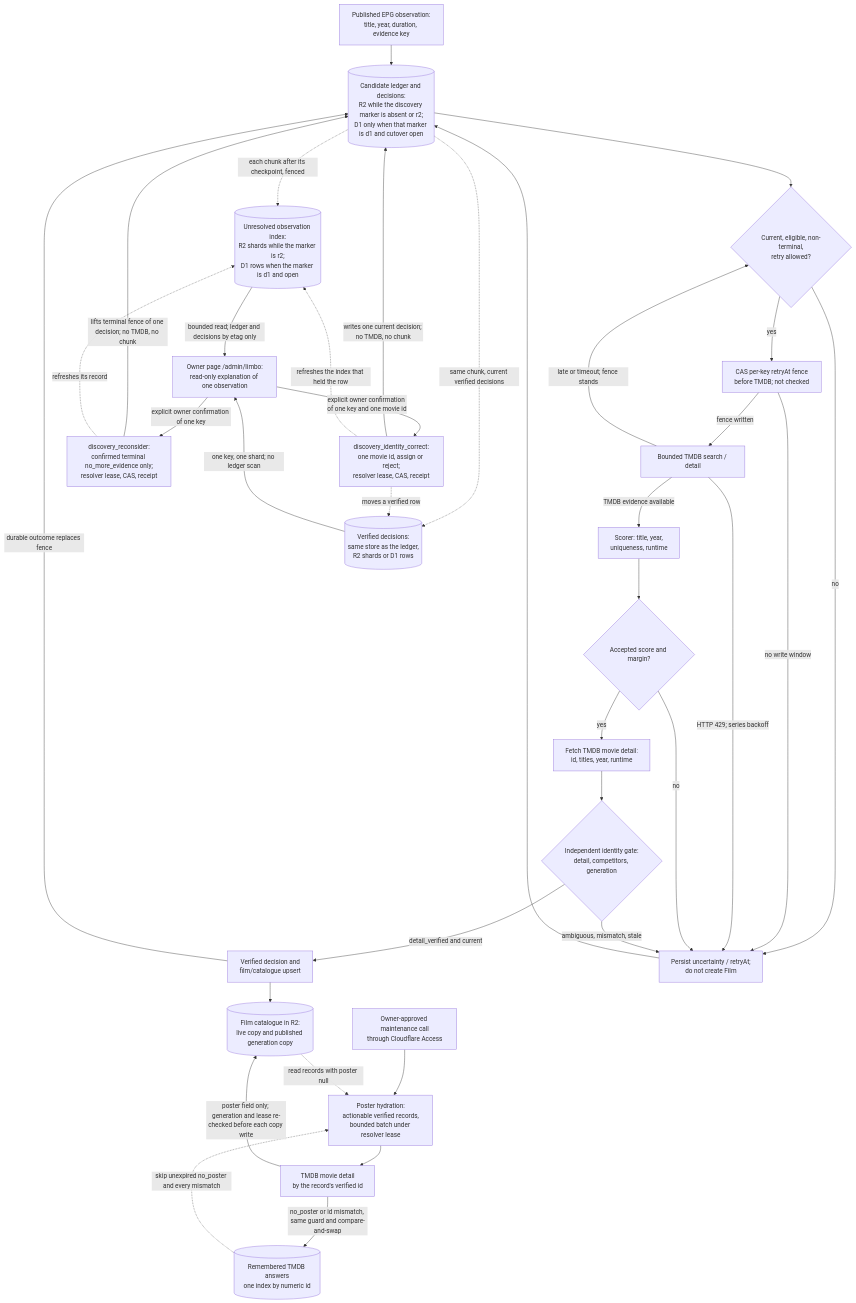
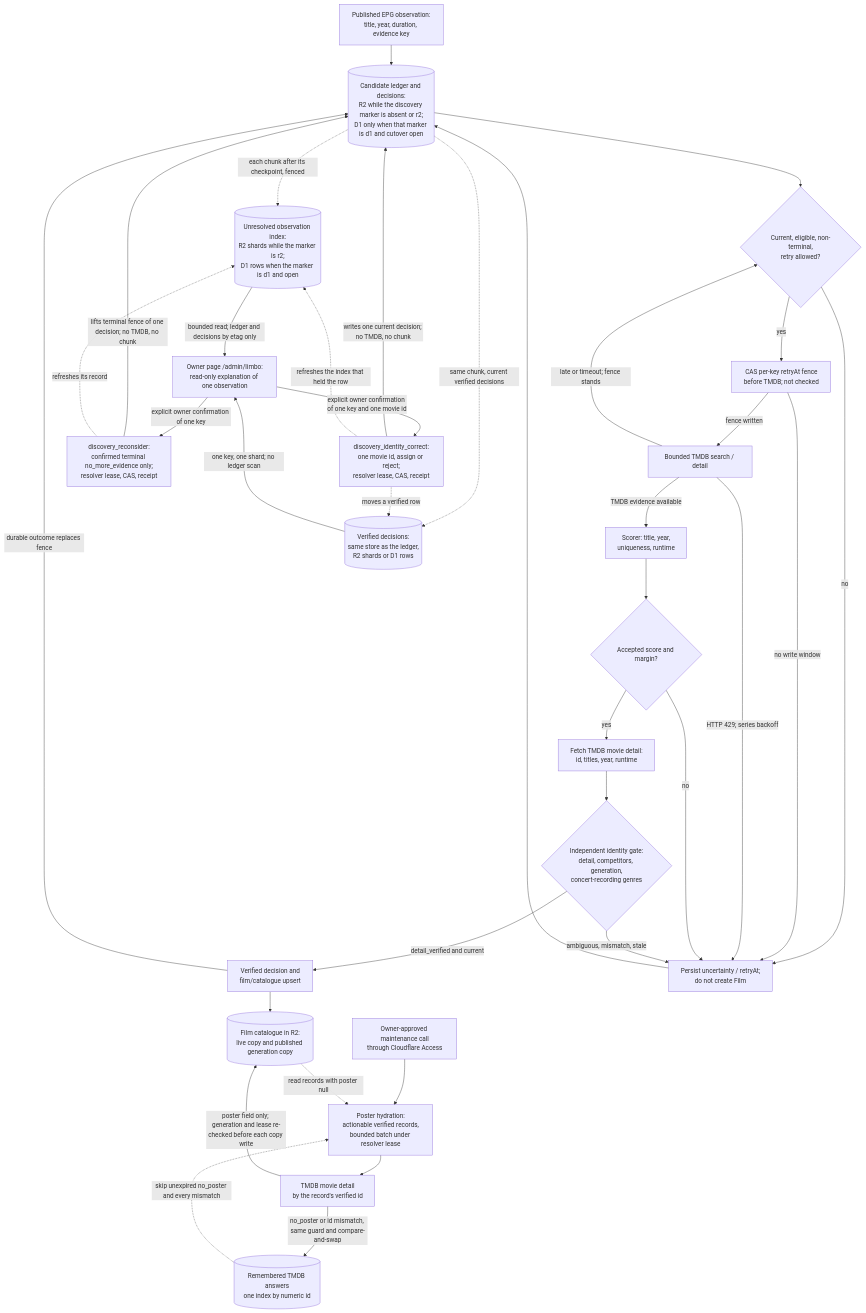
The diagram in docs/architecture/discovery-and-resolution.md (vladimino/iptv-watchlist), drawn with Mermaid before and after one commit. The commit also changed other lines of this file and 13 other files, not shown here.

First line of the commit message:
fix(AIR-496): withhold Film identity for TMDB concert recordings

````diff
--- a/docs/architecture/discovery-and-resolution.md
+++ b/docs/architecture/discovery-and-resolution.md
@@ -5,57 +5,57 @@
 ```mermaid
 flowchart TD
     epg["Published EPG observation:<br/>title, year, duration, evidence key"]
     ledger[("Candidate ledger and decisions:<br/>R2 while the discovery marker is absent or r2;<br/>D1 only when that marker is d1 and cutover open")]
     eligible{"Current, eligible, non-terminal,<br/>retry allowed?"}
     defer["CAS per-key retryAt fence<br/>before TMDB; not checked"]
     search["Bounded TMDB search / detail"]
     scorer["Scorer: title, year,<br/>uniqueness, runtime"]
     score{"Accepted score and margin?"}
     detail["Fetch TMDB movie detail:<br/>id, titles, year, runtime"]
-    gate{"Independent identity gate:<br/>detail, competitors, generation"}
+    gate{"Independent identity gate:<br/>detail, competitors, generation,<br/>concert-recording genres"}
     writer["Verified decision and<br/>film/catalogue upsert"]
     unresolved["Persist uncertainty / retryAt;<br/>do not create Film"]
     catalogue[("Film catalogue in R2:<br/>live copy and published generation copy")]
     owner["Owner-approved maintenance call<br/>through Cloudflare Access"]
     hydrate["Poster hydration:<br/>actionable verified records,<br/>bounded batch under resolver lease"]
     posterdetail["TMDB movie detail<br/>by the record's verified id"]
     negatives[("Remembered TMDB answers<br/>one index by numeric id")]
     obsindex[("Unresolved observation index:<br/>R2 shards while the marker is r2;<br/>D1 rows when the marker is d1 and open")]
     verified[("Verified decisions:<br/>same store as the ledger,<br/>R2 shards or D1 rows")]
     ownerread["Owner page /admin/limbo:<br/>read-only explanation of one observation"]
     reconsider["discovery_reconsider:<br/>confirmed terminal no_more_evidence only;<br/>resolver lease, CAS, receipt"]
     identity["discovery_identity_correct:<br/>one movie id, assign or reject;<br/>resolver lease, CAS, receipt"]
     epg --> ledger --> eligible
     eligible -->|no| unresolved
     eligible -->|yes| defer
     defer -->|fence written| search
     defer -->|no write window| unresolved
     search -->|TMDB evidence available| scorer
     search -->|late or timeout; fence stands| eligible
     search -->|HTTP 429; series backoff| unresolved
     scorer --> score
     score -->|no| unresolved
     score -->|yes| detail --> gate
     gate -->|detail_verified and current| writer
     gate -->|ambiguous, mismatch, stale| unresolved
     writer -->|durable outcome replaces fence| ledger
     writer --> catalogue
     unresolved --> ledger
     owner --> hydrate
     catalogue -.->|read records with poster null| hydrate
     negatives -.->|skip unexpired no_poster and every mismatch| hydrate
     hydrate --> posterdetail
     posterdetail -->|poster field only; generation and lease re-checked before each copy write| catalogue
     posterdetail -->|no_poster or id mismatch, same guard and compare-and-swap| negatives
     ledger -.->|each chunk after its checkpoint, fenced| obsindex
     ledger -.->|same chunk, current verified decisions| verified
     obsindex -->|bounded read; ledger and decisions by etag only| ownerread
     verified -->|one key, one shard; no ledger scan| ownerread
     ownerread -->|explicit owner confirmation of one key| reconsider
     ownerread -->|explicit owner confirmation of one key and one movie id| identity
     reconsider -->|lifts terminal fence of one decision; no TMDB, no chunk| ledger
     identity -->|writes one current decision; no TMDB, no chunk| ledger
     reconsider -.->|refreshes its record| obsindex
     identity -.->|refreshes the index that held the row| obsindex
     identity -.->|moves a verified row| verified
 ```
````
